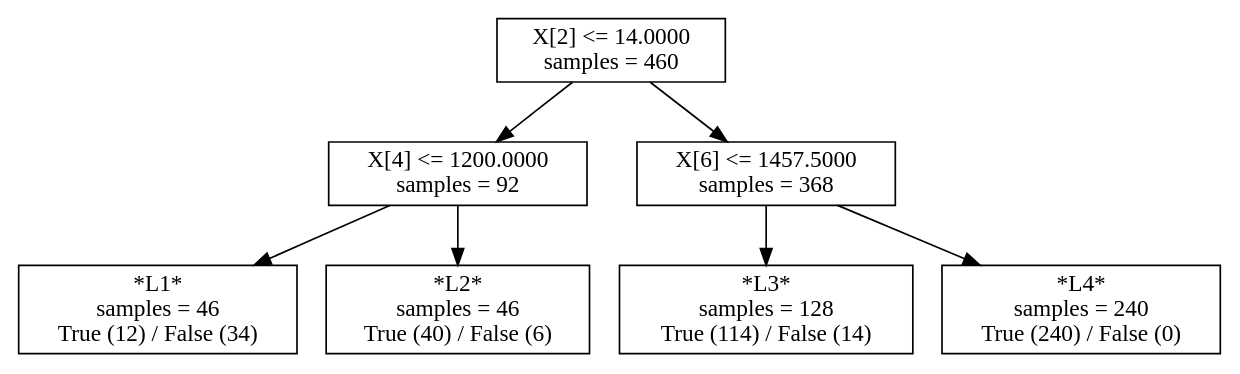
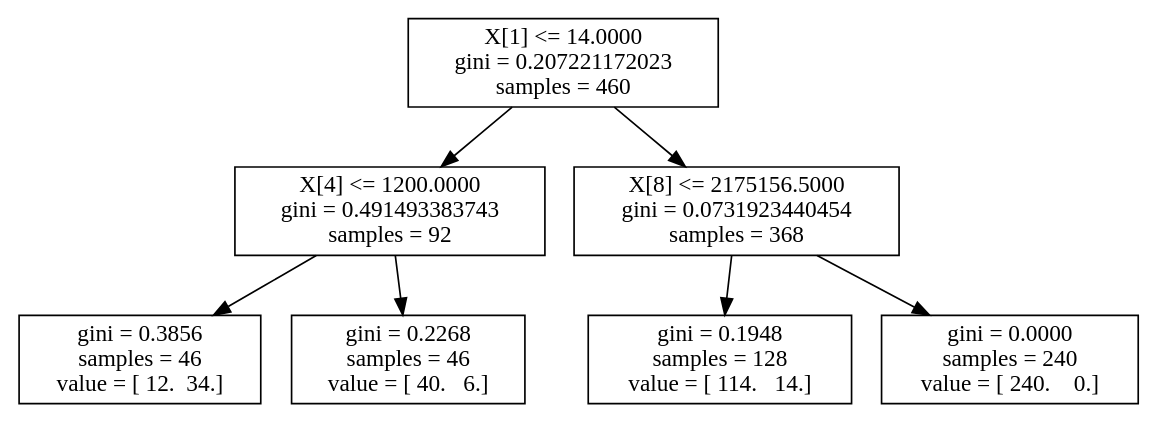
The diagram in script/reproduce-hog-modeling/t628-second-set-of-features-depth5/model-sklearn-dtc.modelx.dot (ctuning/reproduce-ck-paper-large-experiments), drawn with Graphviz before and after one commit. The commit also changed 199 other files, not shown here.

```diff
--- a/script/reproduce-hog-modeling/t628-second-set-of-features-depth5/model-sklearn-dtc.modelx.dot
+++ b/script/reproduce-hog-modeling/t628-second-set-of-features-depth5/model-sklearn-dtc.modelx.dot
@@ -1,15 +1,15 @@
 digraph Tree {
-0 [label="X[2] <= 14.0000\nsamples = 460", shape="box"] ;
-1 [label="X[4] <= 1200.0000\nsamples = 92", shape="box"] ;
+0 [label="X[1] <= 14.0000\ngini = 0.207221172023\nsamples = 460", shape="box"] ;
+1 [label="X[4] <= 1200.0000\ngini = 0.491493383743\nsamples = 92", shape="box"] ;
 0 -> 1 ;
-2 [label="*L1*\nsamples = 46\nTrue (12) / False (34)", shape="box"] ;
+2 [label="gini = 0.3856\nsamples = 46\nvalue = [ 12.  34.]", shape="box"] ;
 1 -> 2 ;
-3 [label="*L2*\nsamples = 46\nTrue (40) / False (6)", shape="box"] ;
+3 [label="gini = 0.2268\nsamples = 46\nvalue = [ 40.   6.]", shape="box"] ;
 1 -> 3 ;
-4 [label="X[6] <= 1457.5000\nsamples = 368", shape="box"] ;
+4 [label="X[8] <= 2175156.5000\ngini = 0.0731923440454\nsamples = 368", shape="box"] ;
 0 -> 4 ;
-5 [label="*L3*\nsamples = 128\nTrue (114) / False (14)", shape="box"] ;
+5 [label="gini = 0.1948\nsamples = 128\nvalue = [ 114.   14.]", shape="box"] ;
 4 -> 5 ;
-6 [label="*L4*\nsamples = 240\nTrue (240) / False (0)", shape="box"] ;
+6 [label="gini = 0.0000\nsamples = 240\nvalue = [ 240.    0.]", shape="box"] ;
 4 -> 6 ;
 }
```
